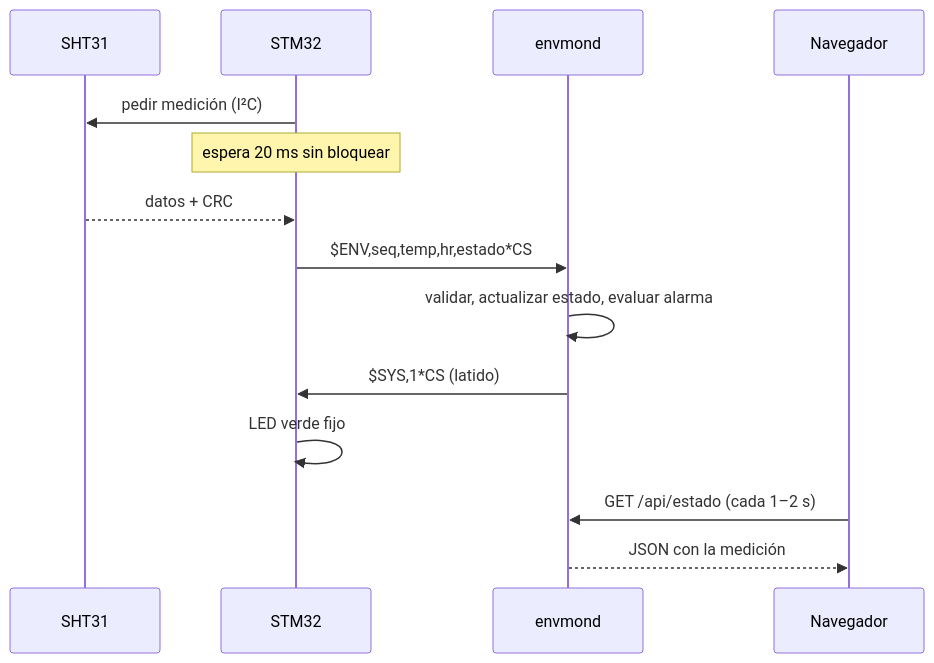
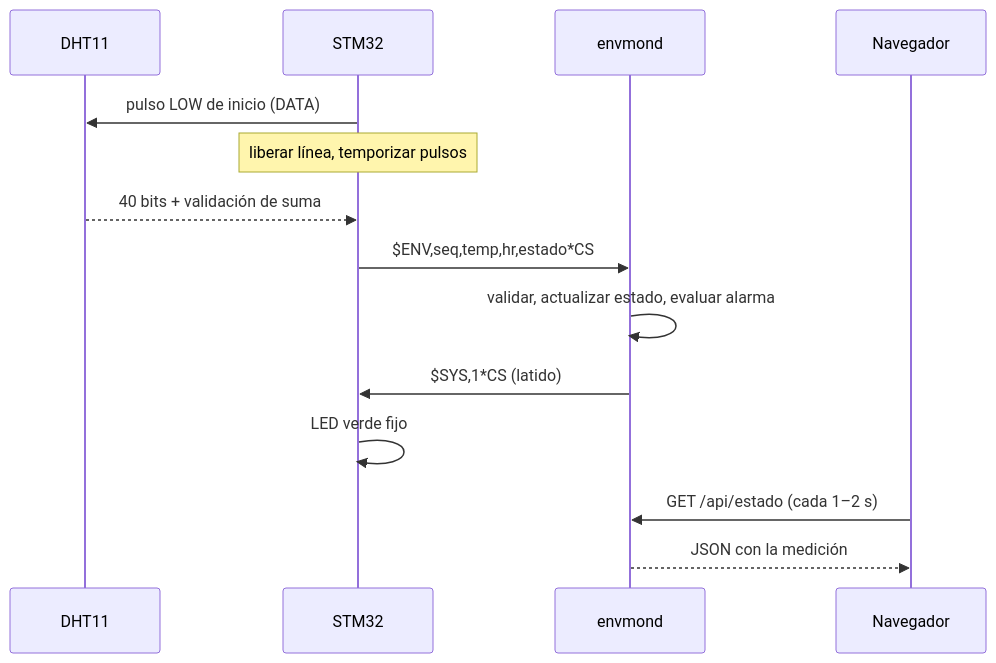
Before and after one commit to anhenaobe/smart-environmental-monitoring-system: the sixth of 9 diagrams in docs/arquitectura.md, drawn with Mermaid. The commit also changed other lines of this file and 21 other files, not shown here.

````diff
--- a/docs/arquitectura.md
+++ b/docs/arquitectura.md
@@ -207,16 +206,16 @@
 ```mermaid
 sequenceDiagram
-    participant S as SHT31
+    participant S as DHT11
     participant M as STM32
     participant L as envmond
     participant W as Navegador
-    M->>S: pedir medición (I²C)
-    Note over M: espera 20 ms sin bloquear
-    S-->>M: datos + CRC
+    M->>S: pulso LOW de inicio (DATA)
+    Note over M: liberar línea, temporizar pulsos
+    S-->>M: 40 bits + validación de suma
     M->>L: $ENV,seq,temp,hr,estado*CS
     L->>L: validar, actualizar estado, evaluar alarma
     L->>M: $SYS,1*CS (latido)
     M->>M: LED verde fijo
     W->>L: GET /api/estado (cada 1–2 s)
     L-->>W: JSON con la medición
 ```
````
